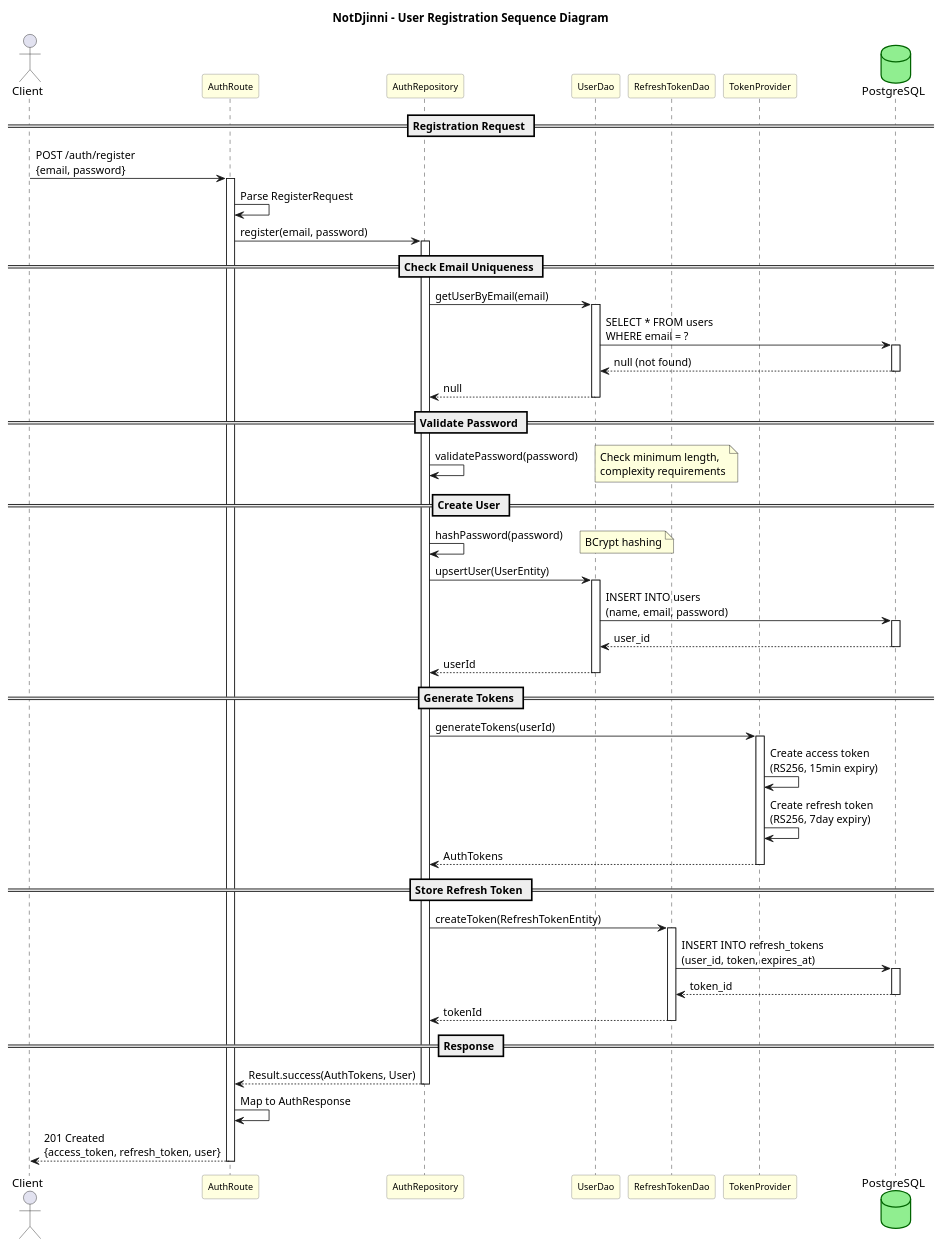
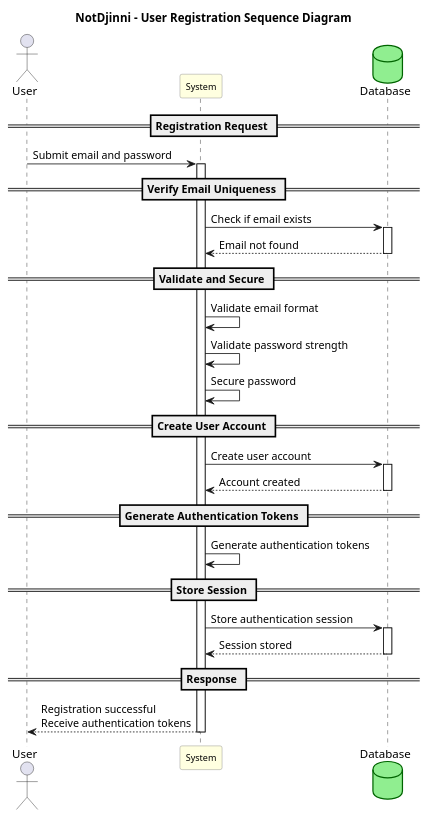
The diagram in diagram/consequences/registration-sequence.puml (hmokryiedu/NotDjinni), drawn with PlantUML before and after one commit. The commit also changed 48 other files, not shown here.

```diff
--- a/diagram/consequences/registration-sequence.puml
+++ b/diagram/consequences/registration-sequence.puml
@@ -1,102 +1,61 @@
 @startuml Registration Sequence
 
 skinparam participant {
     BackgroundColor LightYellow
     BorderColor Gray
     FontSize 11
 }
 
 skinparam database {
     BackgroundColor LightGreen
     BorderColor DarkGreen
 }
 
 title NotDjinni - User Registration Sequence Diagram
 
-actor "Client" as Client
-participant "AuthRoute" as AR
-participant "AuthRepository" as Repo
-participant "UserDao" as UDao
-participant "RefreshTokenDao" as TDao
-participant "TokenProvider" as TP
-database "PostgreSQL" as DB
+actor "User" as User
+participant "System" as System
+database "Database" as DB
 
 == Registration Request ==
 
-Client -> AR: POST /auth/register\n{email, password}
-activate AR
+User -> System: Submit email and password
+activate System
 
-AR -> AR: Parse RegisterRequest
+== Verify Email Uniqueness ==
 
-AR -> Repo: register(email, password)
-activate Repo
-
-== Check Email Uniqueness ==
-
-Repo -> UDao: getUserByEmail(email)
-activate UDao
-
-UDao -> DB: SELECT * FROM users\nWHERE email = ?
+System -> DB: Check if email exists
 activate DB
-DB --> UDao: null (not found)
+DB --> System: Email not found
 deactivate DB
 
-UDao --> Repo: null
-deactivate UDao
+== Validate and Secure ==
 
-== Validate Password ==
+System -> System: Validate email format
+System -> System: Validate password strength
+System -> System: Secure password
 
-Repo -> Repo: validatePassword(password)
-note right: Check minimum length,\ncomplexity requirements
+== Create User Account ==
 
-== Create User ==
-
-Repo -> Repo: hashPassword(password)
-note right: BCrypt hashing
-
-Repo -> UDao: upsertUser(UserEntity)
-activate UDao
-
-UDao -> DB: INSERT INTO users\n(name, email, password)
+System -> DB: Create user account
 activate DB
-DB --> UDao: user_id
+DB --> System: Account created
 deactivate DB
 
-UDao --> Repo: userId
-deactivate UDao
+== Generate Authentication Tokens ==
 
-== Generate Tokens ==
+System -> System: Generate authentication tokens
 
-Repo -> TP: generateTokens(userId)
-activate TP
+== Store Session ==
 
-TP -> TP: Create access token\n(RS256, 15min expiry)
-TP -> TP: Create refresh token\n(RS256, 7day expiry)
-
-TP --> Repo: AuthTokens
-deactivate TP
-
-== Store Refresh Token ==
-
-Repo -> TDao: createToken(RefreshTokenEntity)
-activate TDao
-
-TDao -> DB: INSERT INTO refresh_tokens\n(user_id, token, expires_at)
+System -> DB: Store authentication session
 activate DB
-DB --> TDao: token_id
+DB --> System: Session stored
 deactivate DB
-
-TDao --> Repo: tokenId
-deactivate TDao
 
 == Response ==
 
-Repo --> AR: Result.success(AuthTokens, User)
-deactivate Repo
-
-AR -> AR: Map to AuthResponse
-
-AR --> Client: 201 Created\n{access_token, refresh_token, user}
-deactivate AR
+System --> User: Registration successful\nReceive authentication tokens
+deactivate System
 
 @enduml
```
